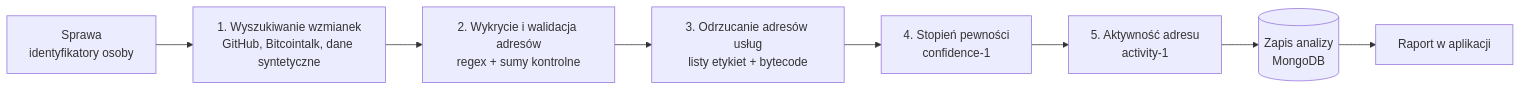
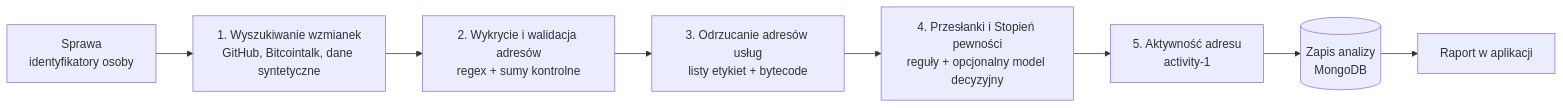
Before and after one commit to NononotaaSquad/cryptofoot: the diagram in README.md, drawn with Mermaid. The commit also changed other lines of this file, not shown here.

First line of the commit message:
docs: describe the Jev decision model and Premises in the README

````diff
--- a/README.md
+++ b/README.md
@@ -51,10 +51,10 @@
 ```mermaid
 flowchart LR
     A["Sprawa<br/>identyfikatory osoby"] --> B["1. Wyszukiwanie wzmianek<br/>GitHub, Bitcointalk, dane syntetyczne"]
     B --> C["2. Wykrycie i walidacja adresów<br/>regex + sumy kontrolne"]
     C --> D["3. Odrzucanie adresów usług<br/>listy etykiet + bytecode"]
-    D --> E["4. Stopień pewności<br/>confidence-1"]
+    D --> E["4. Przesłanki i Stopień pewności<br/>reguły + opcjonalny model decyzyjny"]
     E --> F["5. Aktywność adresu<br/>activity-1"]
     F --> G[("Zapis analizy<br/>MongoDB")]
     G --> H["Raport w aplikacji"]
 ```
````
